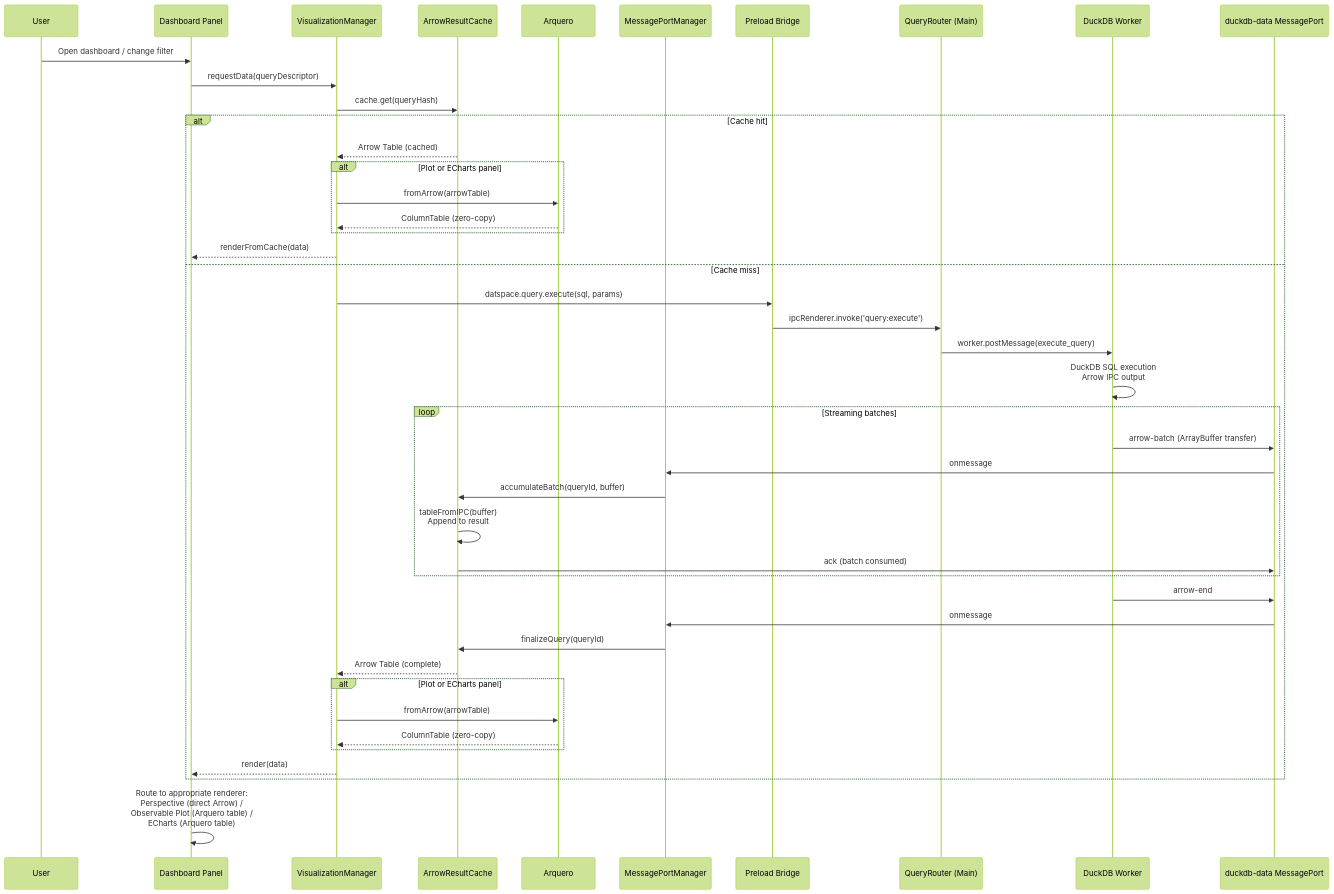
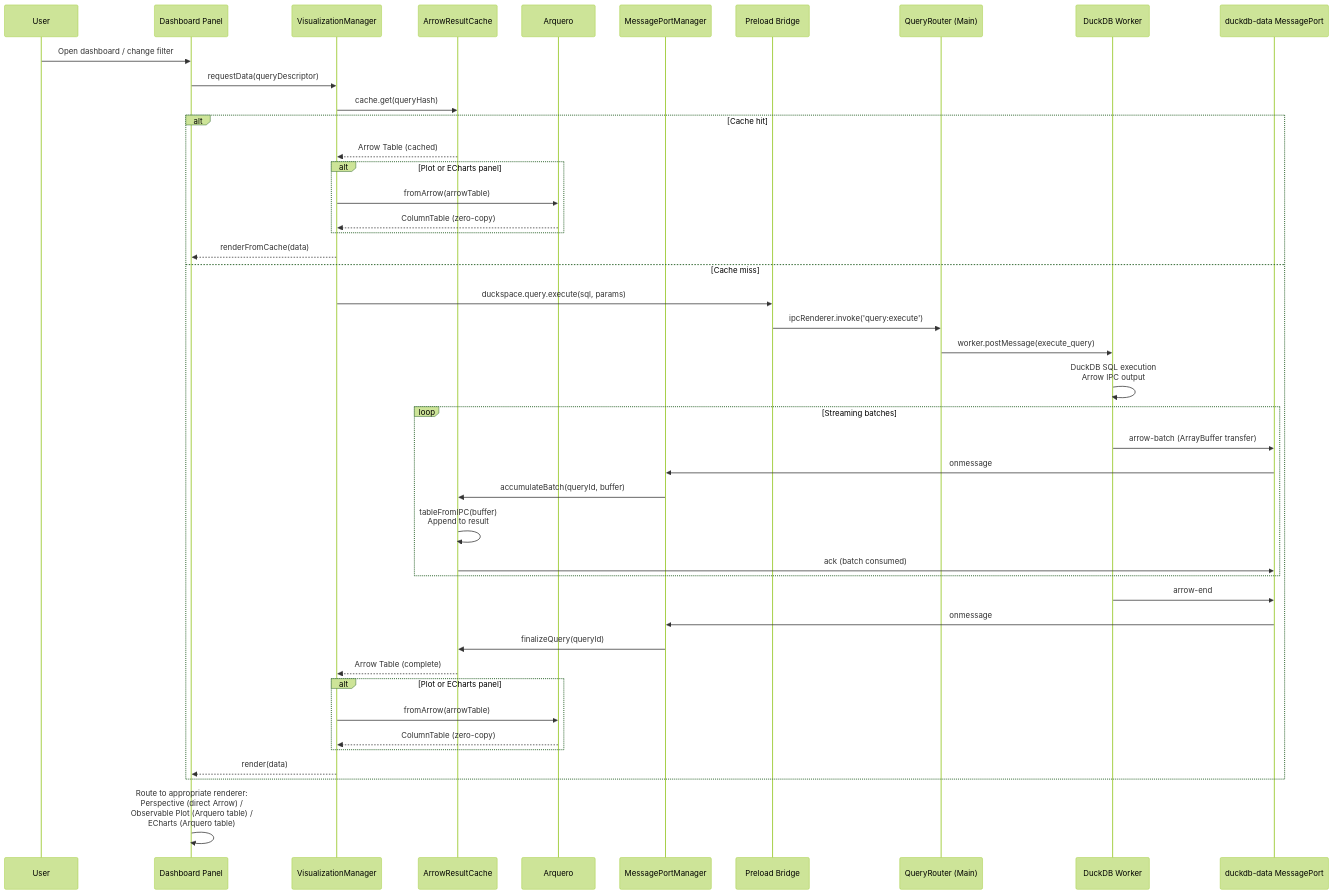
One commit to discohead/duckspace changed the fifth of 5 diagrams in context/artifacts/design/08-visualization-engine.md. Above: the diagram before and after it, drawn with Mermaid (forest theme). The commit also changed other lines of this file and 111 other files, not shown here.

First line of the commit message:
chore: rename project from Datspace to Duckspace

````diff
--- a/context/artifacts/design/08-visualization-engine.md
+++ b/context/artifacts/design/08-visualization-engine.md
@@ -1244,53 +1244,53 @@
 ```mermaid
 sequenceDiagram
     participant U as User
     participant DP as Dashboard Panel
     participant VM as VisualizationManager
     participant ARC as ArrowResultCache
     participant AQ as Arquero
     participant MPM as MessagePortManager
     participant PB as Preload Bridge
     participant QR as QueryRouter (Main)
     participant DW as DuckDB Worker
     participant MP as duckdb-data MessagePort
 
     U->>DP: Open dashboard / change filter
     DP->>VM: requestData(queryDescriptor)
 
     VM->>ARC: cache.get(queryHash)
     alt Cache hit
         ARC-->>VM: Arrow Table (cached)
         alt Plot or ECharts panel
             VM->>AQ: fromArrow(arrowTable)
             AQ-->>VM: ColumnTable (zero-copy)
         end
         VM-->>DP: renderFromCache(data)
     else Cache miss
-        VM->>PB: datspace.query.execute(sql, params)
+        VM->>PB: duckspace.query.execute(sql, params)
         PB->>QR: ipcRenderer.invoke('query:execute')
         QR->>DW: worker.postMessage(execute_query)
 
         DW->>DW: DuckDB SQL execution<br/>Arrow IPC output
 
         loop Streaming batches
             DW->>MP: arrow-batch (ArrayBuffer transfer)
             MP->>MPM: onmessage
             MPM->>ARC: accumulateBatch(queryId, buffer)
             ARC->>ARC: tableFromIPC(buffer)<br/>Append to result
             ARC->>MP: ack (batch consumed)
         end
 
         DW->>MP: arrow-end
         MP->>MPM: onmessage
         MPM->>ARC: finalizeQuery(queryId)
 
         ARC-->>VM: Arrow Table (complete)
         alt Plot or ECharts panel
             VM->>AQ: fromArrow(arrowTable)
             AQ-->>VM: ColumnTable (zero-copy)
         end
         VM-->>DP: render(data)
     end
 
     DP->>DP: Route to appropriate renderer:<br/>Perspective (direct Arrow) /<br/>Observable Plot (Arquero table) /<br/>ECharts (Arquero table)
 ```
````
